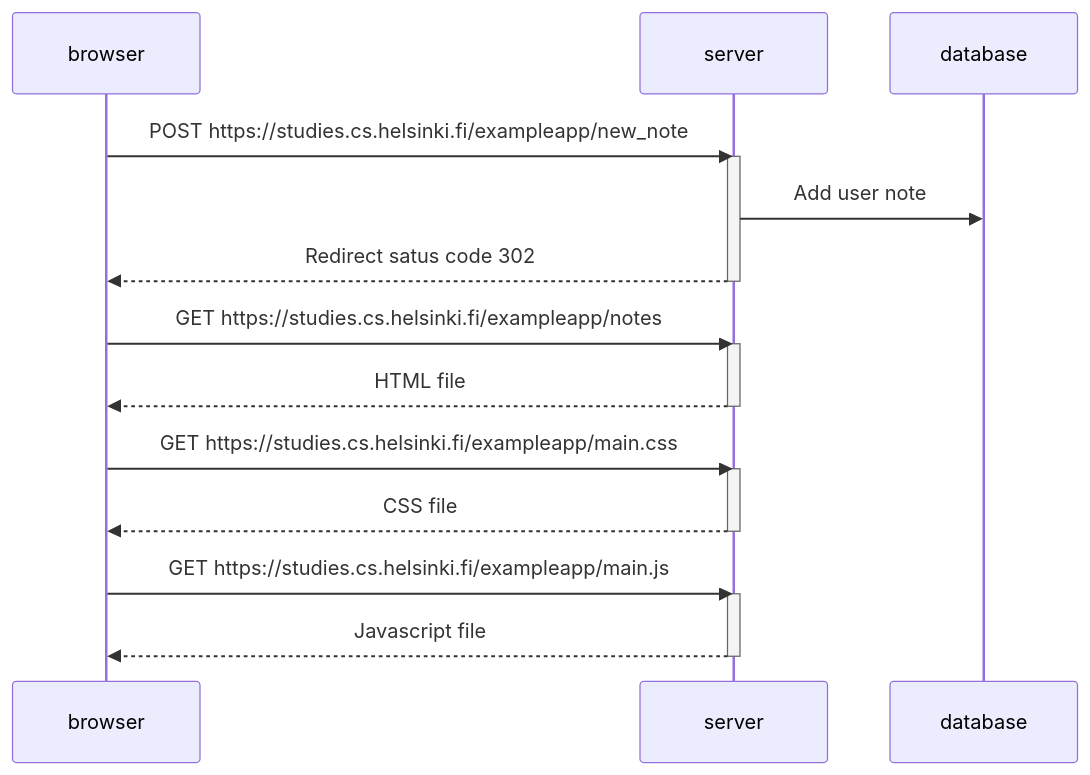
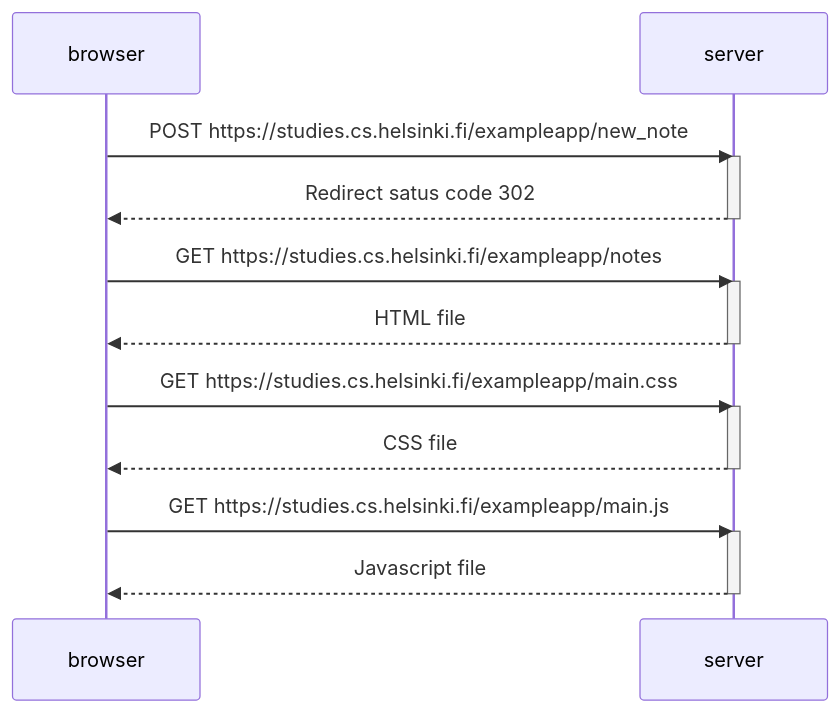
The diagram in 4_Submission.md (jmokate/fullstackopen), drawn with Mermaid before and after one commit.

Commit message:
updated diagram 04-2

````diff
--- a/4_Submission.md
+++ b/4_Submission.md
@@ -1,23 +1,22 @@
 ```mermaid
 sequenceDiagram
 browser->>server: POST https://studies.cs.helsinki.fi/exampleapp/new_note
 activate server
-server->>database: Add user note
 server-->>browser: Redirect satus code 302
 deactivate server
 
 browser->>server: GET https://studies.cs.helsinki.fi/exampleapp/notes
 activate server
 server-->>browser: HTML file
 deactivate server
 
 browser->>server: GET https://studies.cs.helsinki.fi/exampleapp/main.css
 activate server
 server-->>browser: CSS file
 deactivate server
 
 browser->>server: GET https://studies.cs.helsinki.fi/exampleapp/main.js
 activate server
 server-->>browser: Javascript file
 deactivate server
 ```
````
